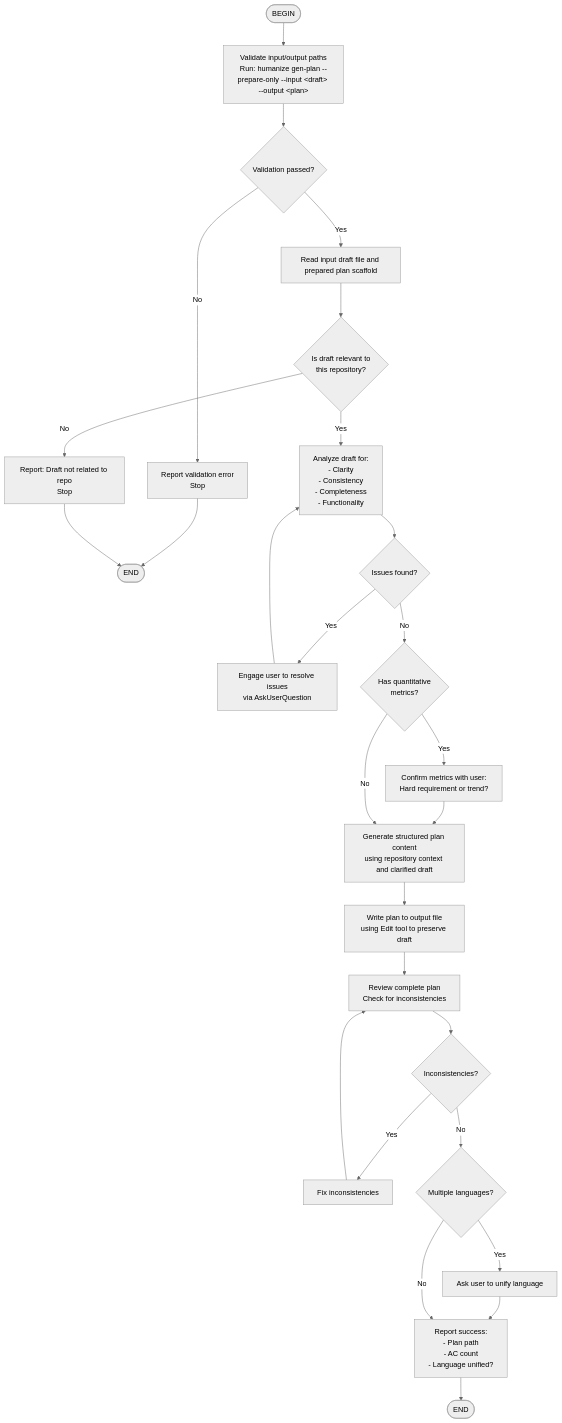
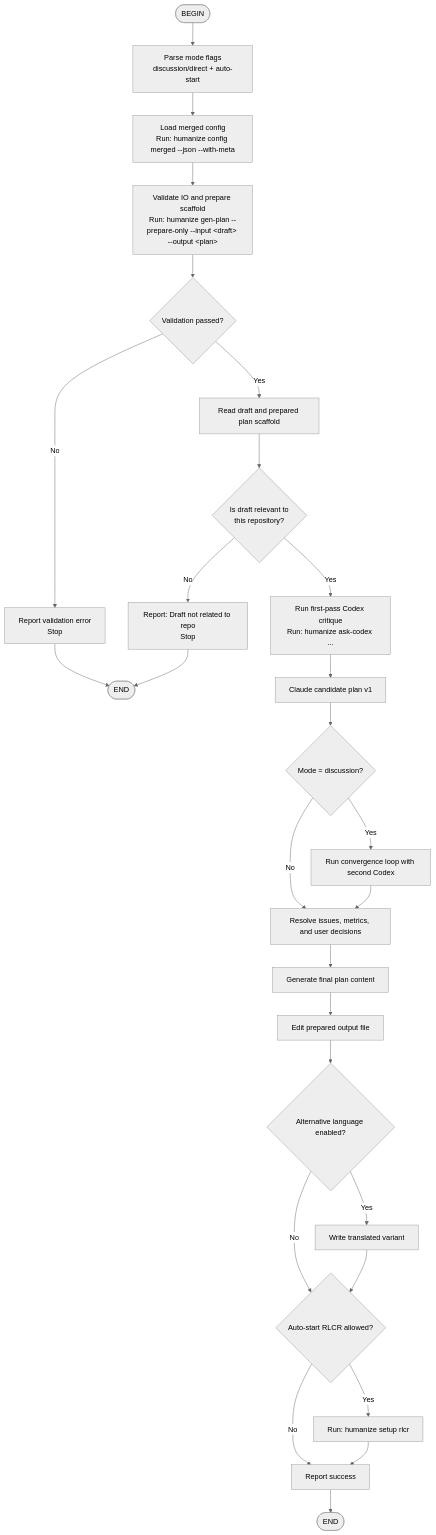
Before and after one commit to Cupnfish/humanize-rs: the diagram in skills/humanize-gen-plan/SKILL.md, drawn with Mermaid (neutral theme). The commit also changed other lines of this file and 13 other files, not shown here.

Commit message:
Restore host-driven gen-plan orchestration

````diff
--- a/skills/humanize-gen-plan/SKILL.md
+++ b/skills/humanize-gen-plan/SKILL.md
@@ -22,29 +22,29 @@
 ```mermaid
 flowchart TD
-    BEGIN([BEGIN]) --> VALIDATE["Validate input/output paths<br/>Run: humanize gen-plan --prepare-only --input &lt;draft&gt; --output &lt;plan&gt;"]
+    BEGIN([BEGIN]) --> MODE["Parse mode flags<br/>discussion/direct + auto-start"]
+    MODE --> CONFIG["Load merged config<br/>Run: humanize config merged --json --with-meta"]
+    CONFIG --> VALIDATE["Validate IO and prepare scaffold<br/>Run: humanize gen-plan --prepare-only --input &lt;draft&gt; --output &lt;plan&gt;"]
     VALIDATE --> CHECK{Validation passed?}
     CHECK -->|No| REPORT_ERROR["Report validation error<br/>Stop"]
     REPORT_ERROR --> END_FAIL([END])
-    CHECK -->|Yes| READ_DRAFT[Read input draft file and prepared plan scaffold]
+    CHECK -->|Yes| READ_DRAFT[Read draft and prepared plan scaffold]
     READ_DRAFT --> CHECK_RELEVANCE{"Is draft relevant to<br/>this repository?"}
     CHECK_RELEVANCE -->|No| REPORT_IRRELEVANT["Report: Draft not related to repo<br/>Stop"]
     REPORT_IRRELEVANT --> END_FAIL
-    CHECK_RELEVANCE -->|Yes| ANALYZE["Analyze draft for:<br/>- Clarity<br/>- Consistency<br/>- Completeness<br/>- Functionality"]
-    ANALYZE --> HAS_ISSUES{Issues found?}
-    HAS_ISSUES -->|Yes| RESOLVE["Engage user to resolve issues<br/>via AskUserQuestion"]
-    RESOLVE --> ANALYZE
-    HAS_ISSUES -->|No| CHECK_METRICS{"Has quantitative<br/>metrics?"}
-    CHECK_METRICS -->|Yes| CONFIRM_METRICS["Confirm metrics with user:<br/>Hard requirement or trend?"]
-    CONFIRM_METRICS --> GEN_PLAN
-    CHECK_METRICS -->|No| GEN_PLAN["Generate structured plan content<br/>using repository context and clarified draft"]
-    GEN_PLAN --> WRITE["Write plan to output file<br/>using Edit tool to preserve draft"]
-    WRITE --> REVIEW["Review complete plan<br/>Check for inconsistencies"]
-    REVIEW --> INCONSISTENT{Inconsistencies?}
-    INCONSISTENT -->|Yes| FIX[Fix inconsistencies]
-    FIX --> REVIEW
-    INCONSISTENT -->|No| CHECK_LANG{"Multiple languages?"}
-    CHECK_LANG -->|Yes| UNIFY[Ask user to unify language]
-    UNIFY --> REPORT_SUCCESS
-    CHECK_LANG -->|No| REPORT_SUCCESS["Report success:<br/>- Plan path<br/>- AC count<br/>- Language unified?"]
+    CHECK_RELEVANCE -->|Yes| CODEX1["Run first-pass Codex critique<br/>Run: humanize ask-codex ..."]
+    CODEX1 --> CANDIDATE["Claude candidate plan v1"]
+    CANDIDATE --> MODE_SWITCH{"Mode = discussion?"}
+    MODE_SWITCH -->|No| RESOLVE
+    MODE_SWITCH -->|Yes| CONVERGE["Run convergence loop with second Codex"]
+    CONVERGE --> RESOLVE["Resolve issues, metrics, and user decisions"]
+    RESOLVE --> FINAL_PLAN["Generate final plan content"]
+    FINAL_PLAN --> WRITE["Edit prepared output file"]
+    WRITE --> LANG{"Alternative language enabled?"}
+    LANG -->|Yes| TRANSLATE["Write translated variant"]
+    LANG -->|No| AUTO
+    TRANSLATE --> AUTO{"Auto-start RLCR allowed?"}
+    AUTO -->|Yes| SETUP["Run: humanize setup rlcr <plan>"]
+    AUTO -->|No| REPORT_SUCCESS["Report success"]
+    SETUP --> REPORT_SUCCESS
     REPORT_SUCCESS --> END_SUCCESS([END])
 ```
````
